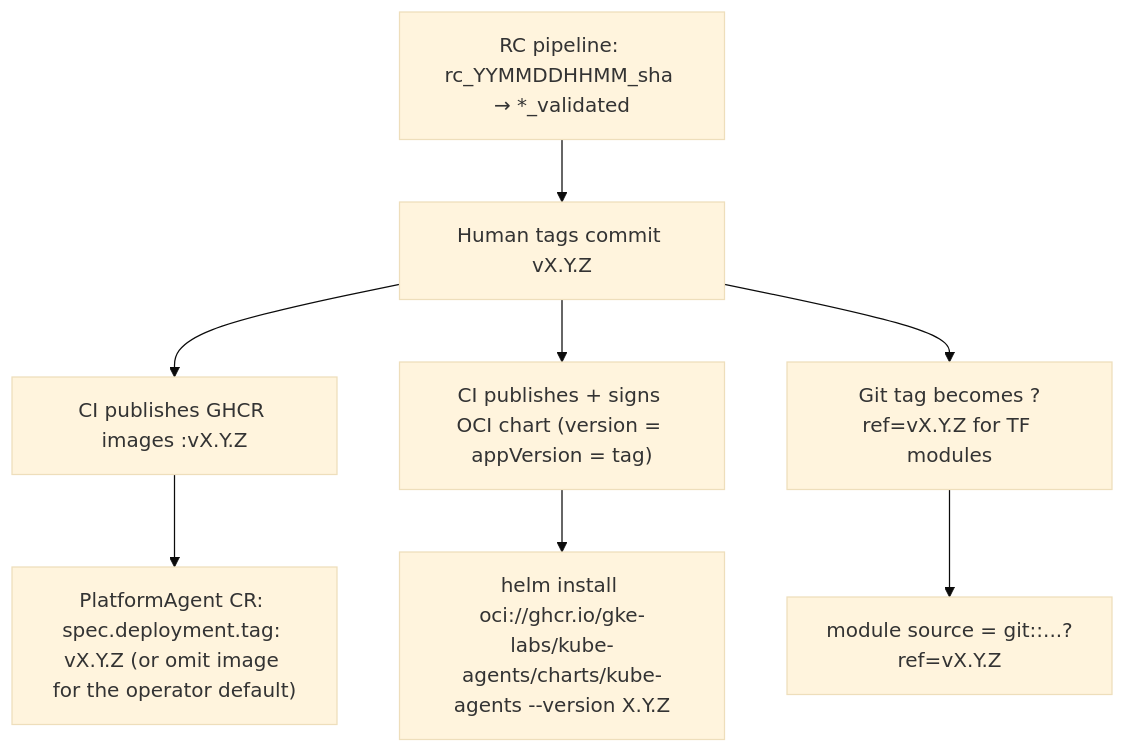
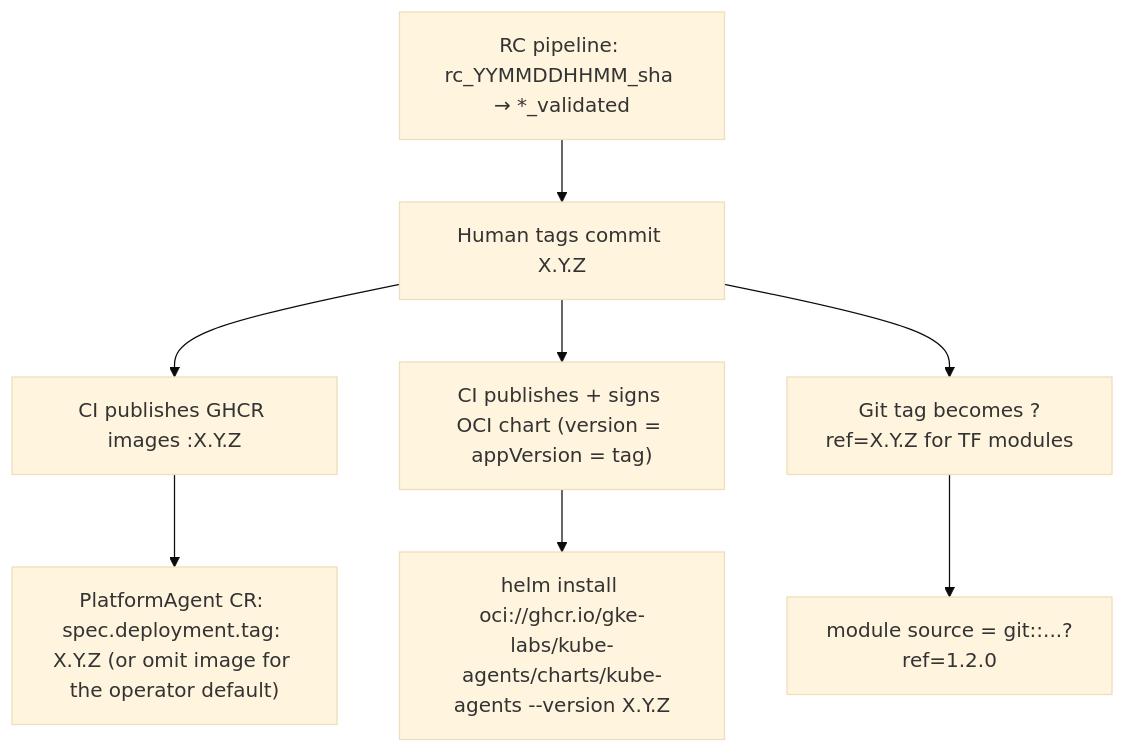
The diagram in docs/designs/semver-deployment-versioning.md (gke-agentic/kube-agents), drawn with Mermaid (base theme) before and after one commit. The commit also changed other lines of this file and 25 other files, not shown here.

````diff
--- a/docs/designs/semver-deployment-versioning.md
+++ b/docs/designs/semver-deployment-versioning.md
@@ -51,10 +51,10 @@
 ```mermaid
 graph TD
-    A["RC pipeline: rc_YYMMDDHHMM_sha → *_validated"] --> B["Human tags commit vX.Y.Z"]
-    B --> C["CI publishes GHCR images :vX.Y.Z"]
+    A["RC pipeline: rc_YYMMDDHHMM_sha → *_validated"] --> B["Human tags commit X.Y.Z"]
+    B --> C["CI publishes GHCR images :X.Y.Z"]
     B --> D["CI publishes + signs OCI chart (version = appVersion = tag)"]
-    B --> E["Git tag becomes ?ref=vX.Y.Z for TF modules"]
-    C --> F["PlatformAgent CR: spec.deployment.tag: vX.Y.Z (or omit image for the operator default)"]
+    B --> E["Git tag becomes ?ref=X.Y.Z for TF modules"]
+    C --> F["PlatformAgent CR: spec.deployment.tag: X.Y.Z (or omit image for the operator default)"]
     D --> G["helm install oci://ghcr.io/gke-labs/kube-agents/charts/kube-agents --version X.Y.Z"]
-    E --> H["module source = git::...?ref=vX.Y.Z"]
+    E --> H["module source = git::...?ref=1.2.0"]
 ```
````
